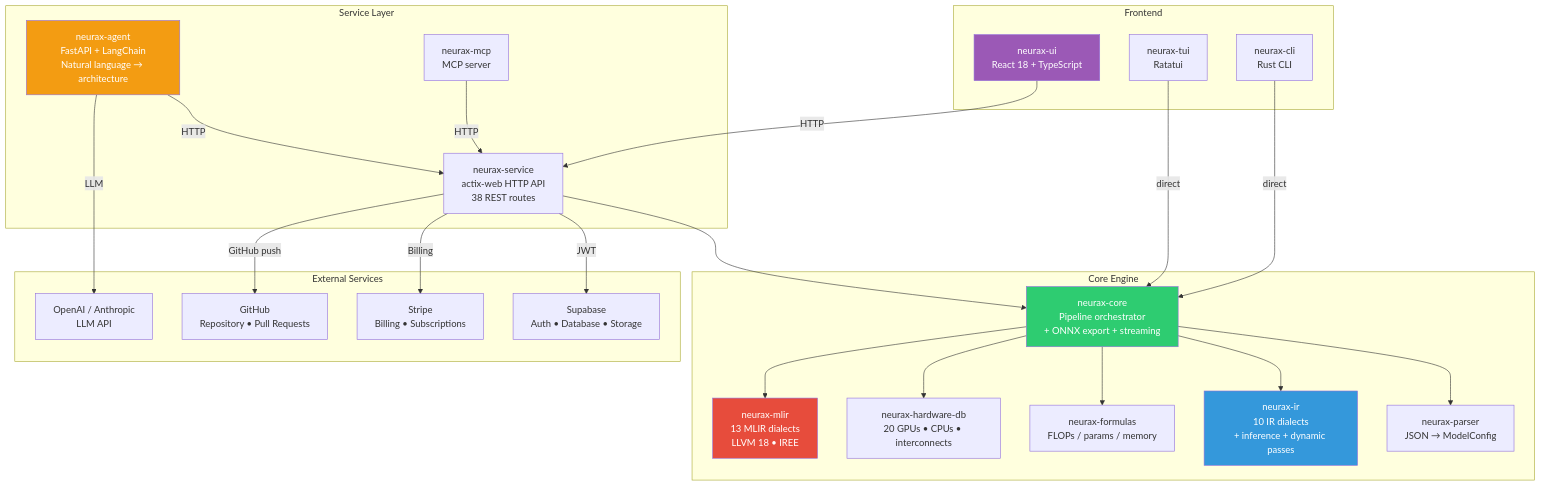
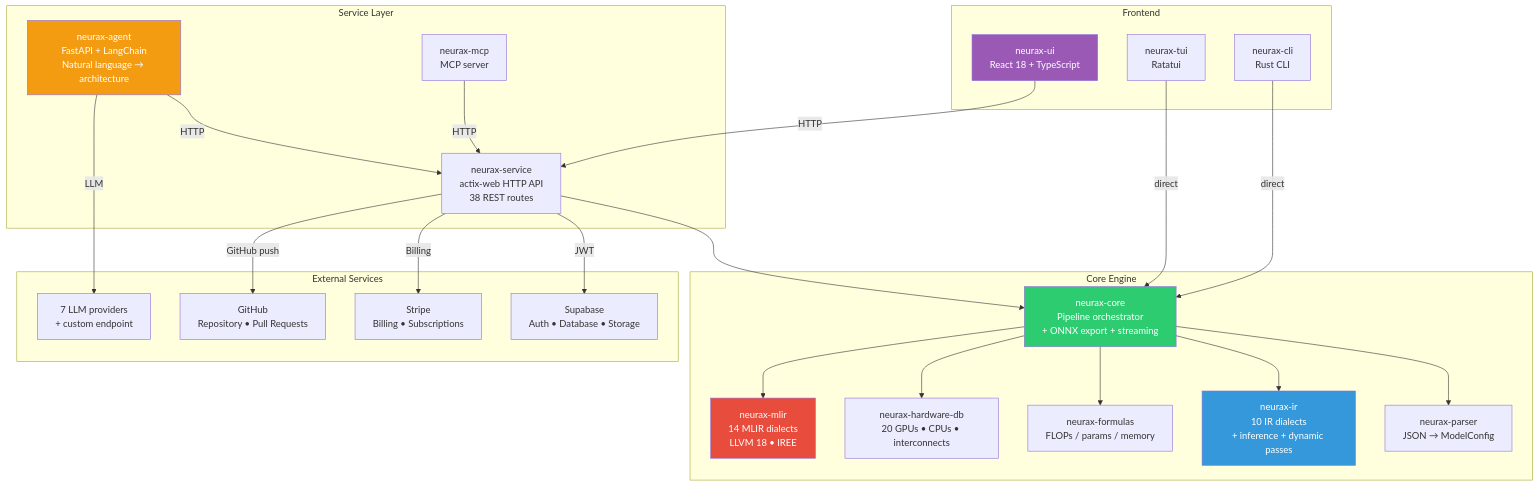
One commit to NEURAX-canvas/NEURAX changed the first of 2 diagrams in book/src/DESIGN.md. Above: the diagram before and after it, drawn with Mermaid. The commit also changed 20 other files, not shown here.

````diff
--- a/book/src/DESIGN.md
+++ b/book/src/DESIGN.md
@@ -37,55 +37,55 @@
 ```mermaid
 graph TB
     subgraph "Frontend"
         UI[neurax-ui<br/>React 18 + TypeScript]
         TUI[neurax-tui<br/>Ratatui]
         CLI[neurax-cli<br/>Rust CLI]
     end
 
     subgraph "Service Layer"
         HTTP_API[neurax-service<br/>actix-web HTTP API<br/>38 REST routes]
         AI_AGENT[neurax-agent<br/>FastAPI + LangChain<br/>Natural language → architecture]
         MCP[neurax-mcp<br/>MCP server]
     end
 
     subgraph "Core Engine"
         CORE[neurax-core<br/>Pipeline orchestrator<br/>+ ONNX export + streaming]
         PARSER[neurax-parser<br/>JSON → ModelConfig]
         IR[neurax-ir<br/>10 IR dialects<br/>+ inference + dynamic passes]
         FORMULAS[neurax-formulas<br/>FLOPs / params / memory]
         HWDB[neurax-hardware-db<br/>20 GPUs • CPUs • interconnects]
-        MLIR[neurax-mlir<br/>13 MLIR dialects<br/>LLVM 18 • IREE]
+        MLIR[neurax-mlir<br/>14 MLIR dialects<br/>LLVM 18 • IREE]
     end
 
     subgraph "External Services"
         SUPABASE[Supabase<br/>Auth • Database • Storage]
         STRIPE[Stripe<br/>Billing • Subscriptions]
-        OPENAI[OpenAI / Anthropic<br/>LLM API]
+        OPENAI[7 LLM providers<br/>+ custom endpoint]
         GITHUB[GitHub<br/>Repository • Pull Requests]
     end
 
     UI -- HTTP --> HTTP_API
     TUI -- direct --> CORE
     CLI -- direct --> CORE
     MCP -- HTTP --> HTTP_API
 
     AI_AGENT -- HTTP --> HTTP_API
     AI_AGENT -- LLM --> OPENAI
 
     HTTP_API --> CORE
     CORE --> PARSER
     CORE --> IR
     CORE --> FORMULAS
     CORE --> HWDB
     CORE --> MLIR
 
     HTTP_API -- JWT --> SUPABASE
     HTTP_API -- Billing --> STRIPE
     HTTP_API -- GitHub push --> GITHUB
 
     style CORE fill:#2ecc71,color:#fff
     style IR fill:#3498db,color:#fff
     style MLIR fill:#e74c3c,color:#fff
     style UI fill:#9b59b6,color:#fff
     style AI_AGENT fill:#f39c12,color:#fff
 ```
````
